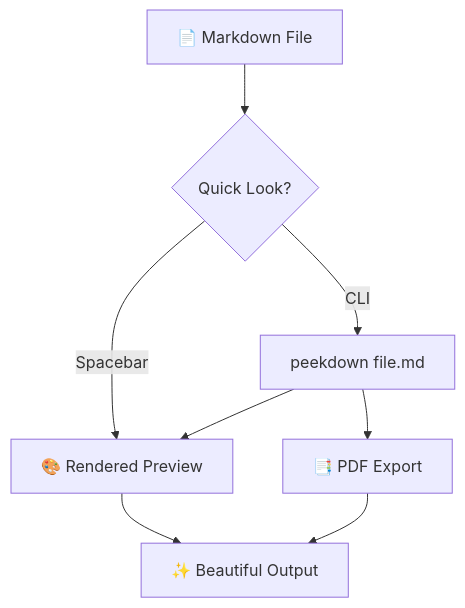
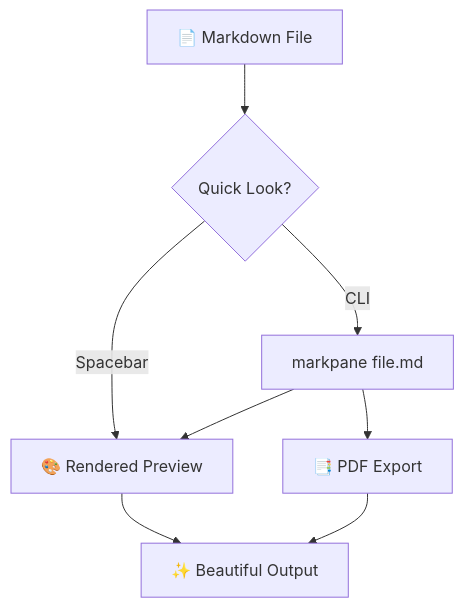
The diagram in docs/assets/sample.md (starfysh-tech/markpane), drawn with Mermaid before and after one commit. The commit also changed other lines of this file and 33 other files, not shown here.

````diff
--- a/docs/assets/sample.md
+++ b/docs/assets/sample.md
@@ -40,10 +40,10 @@
 ```mermaid
 graph TD
     A[📄 Markdown File] --> B{Quick Look?}
     B -->|Spacebar| C[🎨 Rendered Preview]
-    B -->|CLI| D[peekdown file.md]
+    B -->|CLI| D[markpane file.md]
     D --> C
     D --> E[📑 PDF Export]
     C --> F[✨ Beautiful Output]
     E --> F
 ```
````
